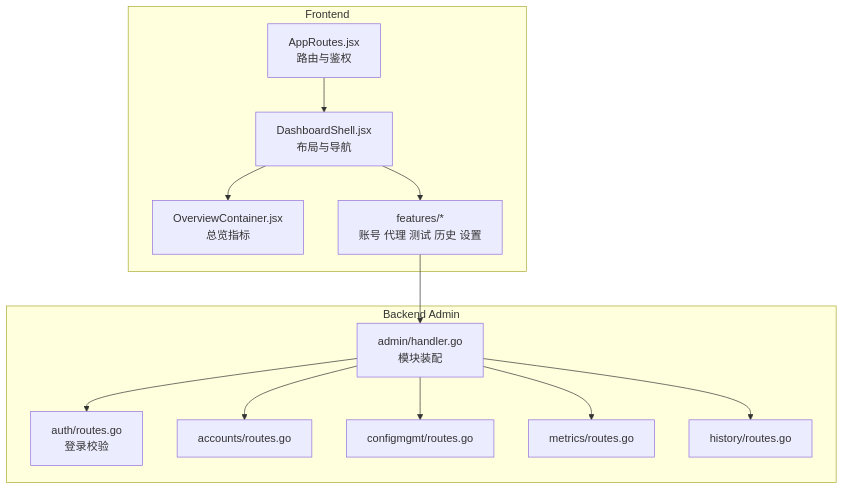
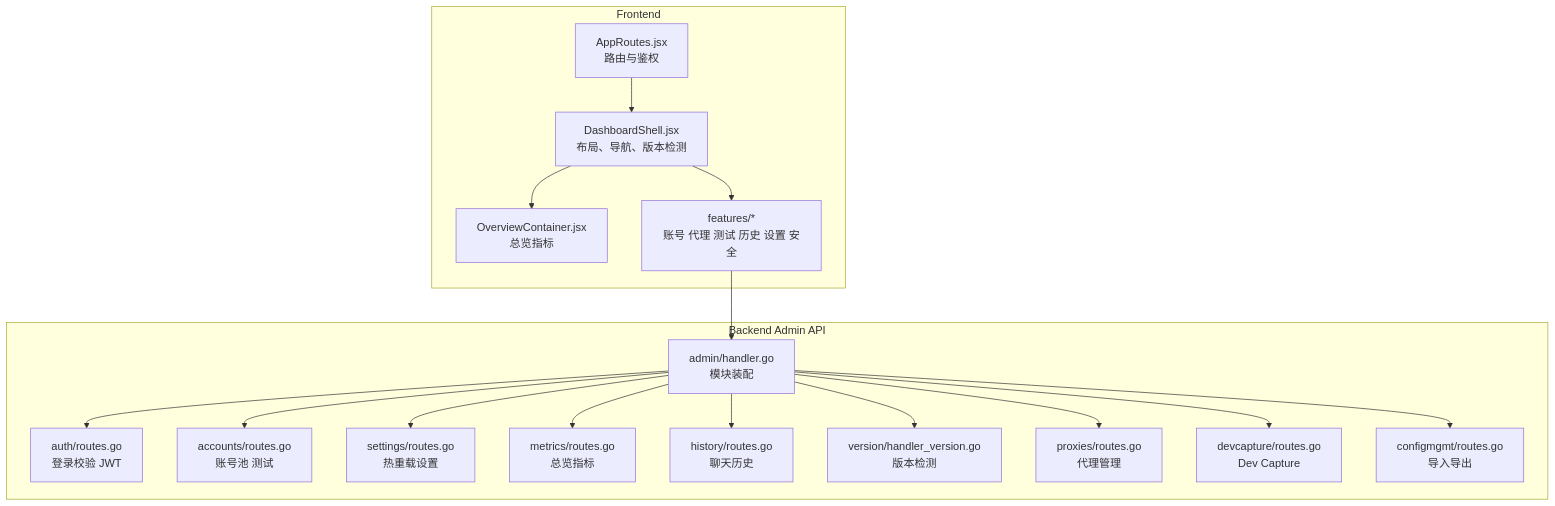
The first of 2 diagrams in docs/Admin WebUI System/Admin WebUI System.md (marklove5102/DeepSeek_Web_To_API), drawn with Mermaid before and after one commit. The commit also changed other lines of this file and 17 other files, not shown here.

````diff
--- a/docs/Admin WebUI System/Admin WebUI System.md
+++ b/docs/Admin WebUI System/Admin WebUI System.md
@@ -33,26 +38,34 @@
 ```mermaid
 graph TB
 subgraph "Frontend"
-APP["AppRoutes.jsx<br/>路由与鉴权"]
-SHELL["DashboardShell.jsx<br/>布局与导航"]
-OVERVIEW["OverviewContainer.jsx<br/>总览指标"]
-FEATURES["features/*<br/>账号 代理 测试 历史 设置"]
+  APP["AppRoutes.jsx<br/>路由与鉴权"]
+  SHELL["DashboardShell.jsx<br/>布局、导航、版本检测"]
+  OVERVIEW["OverviewContainer.jsx<br/>总览指标"]
+  FEATURES["features/*<br/>账号 代理 测试 历史 设置 安全"]
 end
-subgraph "Backend Admin"
-HANDLER["admin/handler.go<br/>模块装配"]
-AUTH["auth/routes.go<br/>登录校验"]
-ACCOUNTS["accounts/routes.go"]
-CONFIG["configmgmt/routes.go"]
-METRICS["metrics/routes.go"]
-HISTORY["history/routes.go"]
+subgraph "Backend Admin API"
+  HANDLER["admin/handler.go<br/>模块装配"]
+  AUTH["auth/routes.go<br/>登录校验 JWT"]
+  ACCOUNTS["accounts/routes.go<br/>账号池 测试"]
+  SETTINGS["settings/routes.go<br/>热重载设置"]
+  METRICS["metrics/routes.go<br/>总览指标"]
+  HISTORY["history/routes.go<br/>聊天历史"]
+  VERSION["version/handler_version.go<br/>版本检测"]
+  PROXIES["proxies/routes.go<br/>代理管理"]
+  DEVCAP["devcapture/routes.go<br/>Dev Capture"]
+  CONFIG["configmgmt/routes.go<br/>导入导出"]
 end
 APP --> SHELL
 SHELL --> OVERVIEW
 SHELL --> FEATURES
 FEATURES --> HANDLER
 HANDLER --> AUTH
 HANDLER --> ACCOUNTS
-HANDLER --> CONFIG
+HANDLER --> SETTINGS
 HANDLER --> METRICS
 HANDLER --> HISTORY
+HANDLER --> VERSION
+HANDLER --> PROXIES
+HANDLER --> DEVCAP
+HANDLER --> CONFIG
 ```
````
